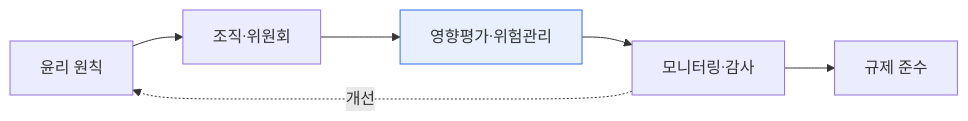
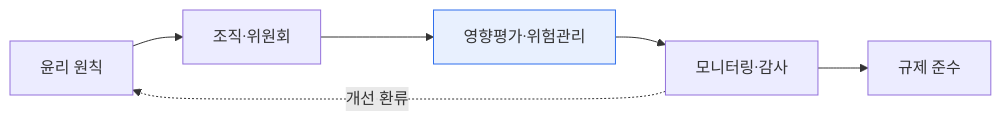
The second of 2 diagrams in content/ai-ethics-governance.md (coninggu/wjdqhrhksflrltnftk), drawn with Mermaid before and after one commit. The commit also changed other lines of this file and 5 other files, not shown here.

````diff
--- a/content/ai-ethics-governance.md
+++ b/content/ai-ethics-governance.md
@@ -40,6 +38,6 @@
 ```mermaid
 flowchart LR
   P[윤리 원칙] --> O[조직·위원회] --> PR[영향평가·위험관리] --> M[모니터링·감사] --> R[규제 준수]
-  M -. 개선 .-> P
+  M -. 개선 환류 .-> P
   style PR fill:#e8f0fe,stroke:#2f6fed
 ```
````
